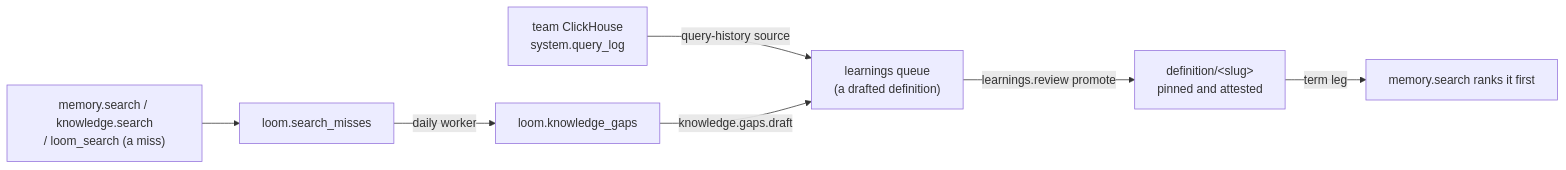
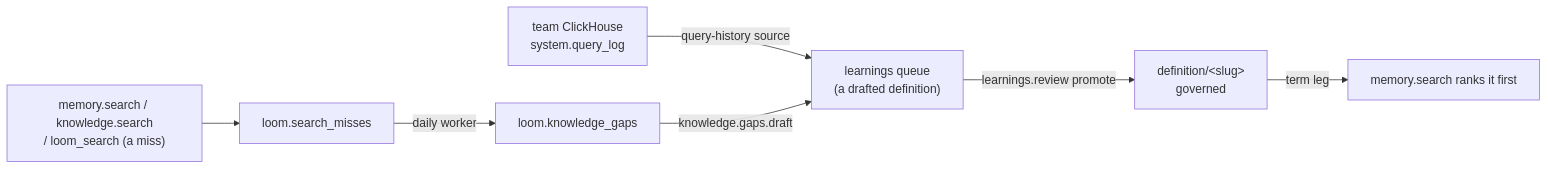
Before and after one commit to ClickHouse/loom: the diagram in docs/architecture/curation-loop.md, drawn with Mermaid. The commit also changed other lines of this file, not shown here.

First line of the commit message:
The curation loop's design answers the fourth review

````diff
--- a/docs/architecture/curation-loop.md
+++ b/docs/architecture/curation-loop.md
@@ -11,9 +11,9 @@
 ```mermaid
 flowchart LR
     S["memory.search / knowledge.search<br/>/ loom_search (a miss)"] --> M["loom.search_misses"]
     M -->|"daily worker"| G["loom.knowledge_gaps"]
     Q["team ClickHouse<br/>system.query_log"] -->|"query-history source"| L
     G -->|"knowledge.gaps.draft"| L["learnings queue<br/>(a drafted definition)"]
-    L -->|"learnings.review promote"| D["definition/&lt;slug&gt;<br/>pinned and attested"]
+    L -->|"learnings.review promote"| D["definition/&lt;slug&gt;<br/>governed"]
     D -->|"term leg"| R["memory.search ranks it first"]
 ```
````
